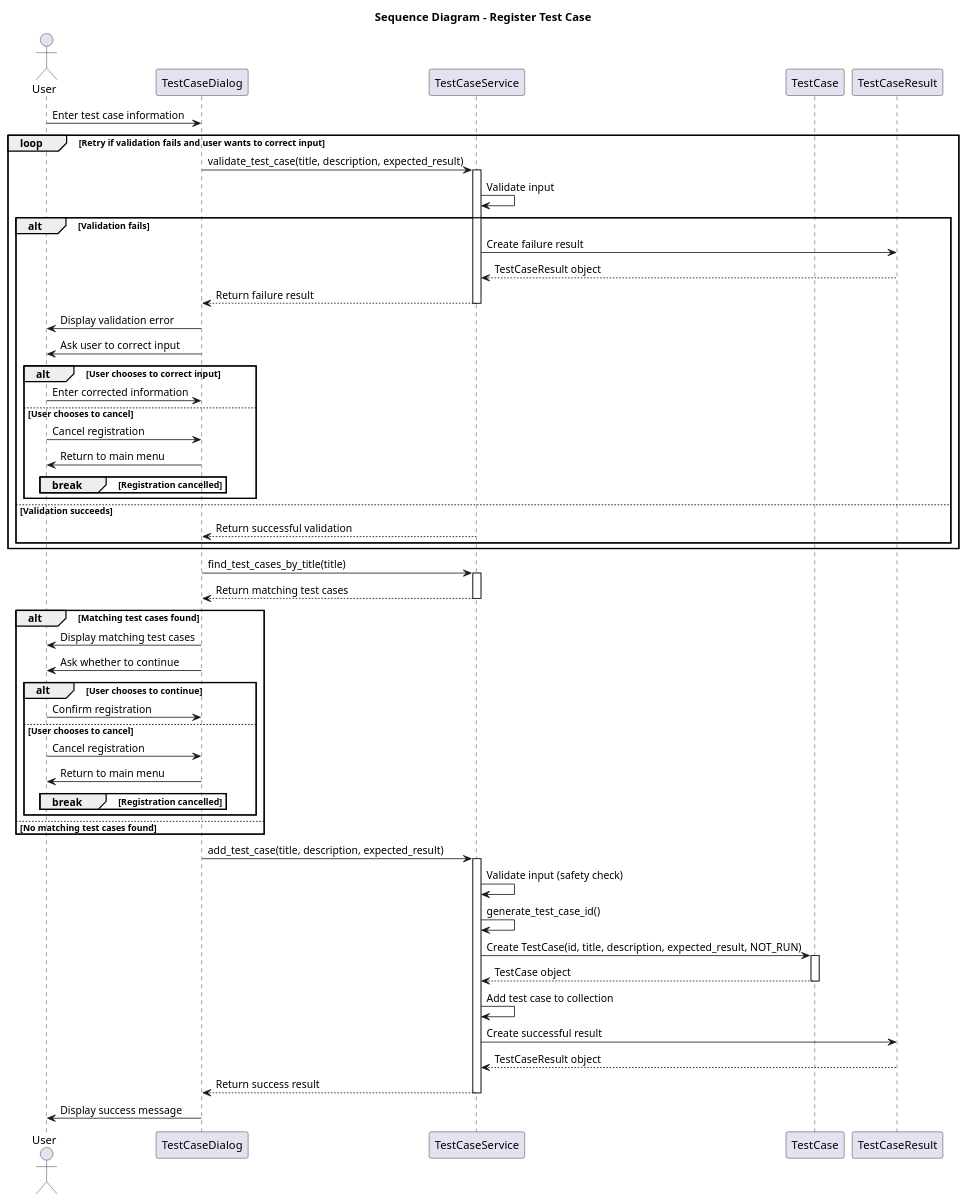
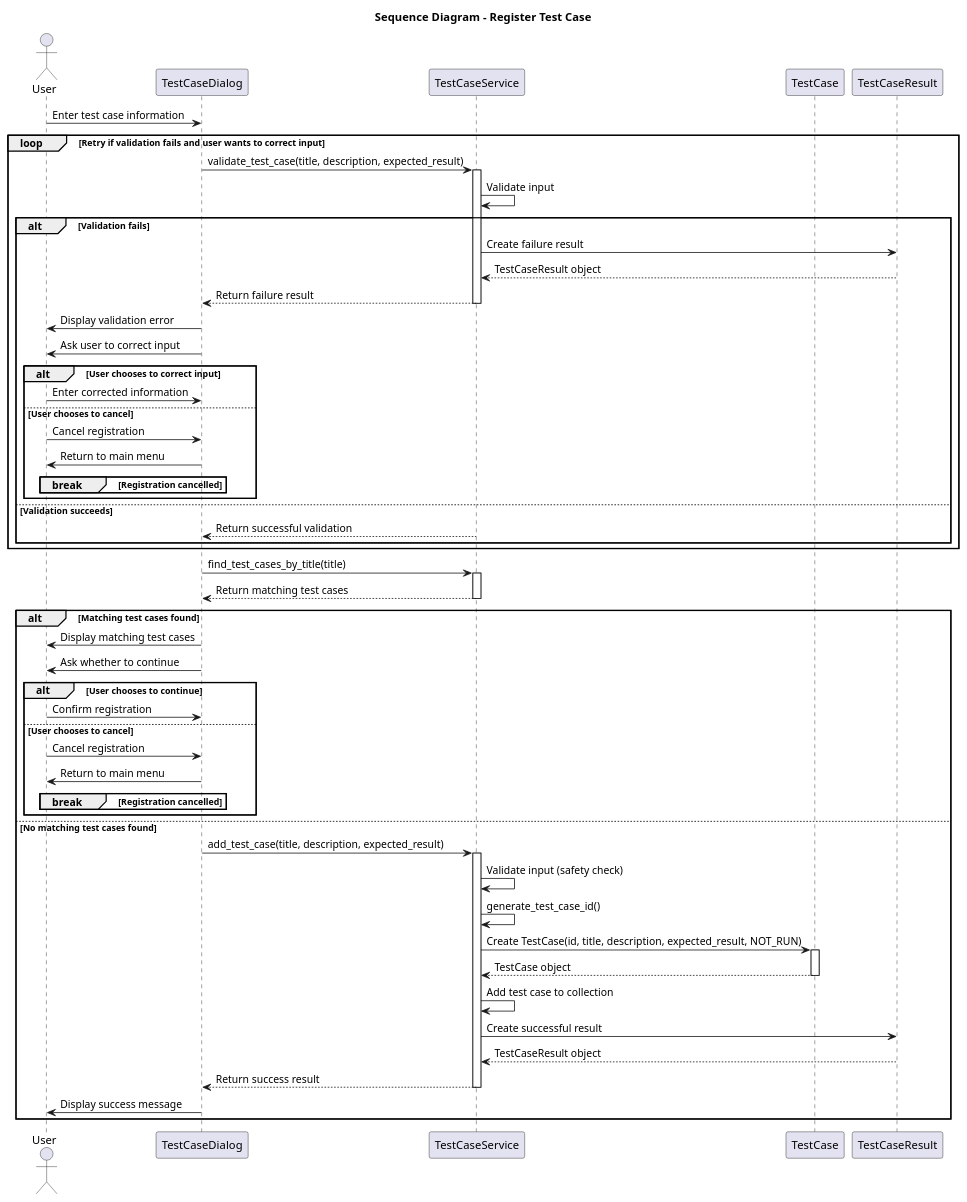
One commit to h-jungar/OOP changed the diagram in test_case_register-app/tc_sequence_diagram.puml. Above: the diagram before and after it, drawn with PlantUML. The commit also changed 10 other files, not shown here.

```diff
--- a/test_case_register-app/tc_sequence_diagram.puml
+++ b/test_case_register-app/tc_sequence_diagram.puml
@@ -1,102 +1,103 @@
 @startuml sequence_register_test_case
 
 title Sequence Diagram - Register Test Case
 
 actor User
 participant TestCaseDialog
 participant TestCaseService
 participant TestCase
 participant TestCaseResult
 
 User -> TestCaseDialog : Enter test case information
 
 ' Validate input
 loop Retry if validation fails and user wants to correct input
 
     TestCaseDialog -> TestCaseService : validate_test_case(title, description, expected_result)
     activate TestCaseService
 
     TestCaseService -> TestCaseService : Validate input
 
     alt Validation fails
 
         TestCaseService -> TestCaseResult : Create failure result
         TestCaseResult --> TestCaseService : TestCaseResult object
 
         TestCaseService --> TestCaseDialog : Return failure result
         deactivate TestCaseService
 
         TestCaseDialog -> User : Display validation error
         TestCaseDialog -> User : Ask user to correct input
 
         alt User chooses to correct input
             User -> TestCaseDialog : Enter corrected information
 
         else User chooses to cancel
             User -> TestCaseDialog : Cancel registration
             TestCaseDialog -> User : Return to main menu
 
             break Registration cancelled
                 ' Exit registration flow and return to main menu
             end
         end
 
     else Validation succeeds
 
         TestCaseService --> TestCaseDialog : Return successful validation
         deactivate TestCaseService
     end
 
 end
 
 ' Check for existing test cases with the same title
 TestCaseDialog -> TestCaseService : find_test_cases_by_title(title)
 activate TestCaseService
 TestCaseService --> TestCaseDialog : Return matching test cases
 deactivate TestCaseService
 
 alt Matching test cases found
 
     TestCaseDialog -> User : Display matching test cases
     TestCaseDialog -> User : Ask whether to continue
 
     alt User chooses to continue
         User -> TestCaseDialog : Confirm registration
 
     else User chooses to cancel
         User -> TestCaseDialog : Cancel registration
         TestCaseDialog -> User : Return to main menu
 
         break Registration cancelled
         end
     end
 
 else No matching test cases found
+    ' Register test case after successful validation
+    TestCaseDialog -> TestCaseService : add_test_case(title, description, expected_result)
+    activate TestCaseService
+
+    TestCaseService -> TestCaseService : Validate input (safety check)
+    TestCaseService -> TestCaseService : generate_test_case_id()
+
+    TestCaseService -> TestCase : Create TestCase(id, title, description, expected_result, NOT_RUN)
+    activate TestCase
+    TestCase --> TestCaseService : TestCase object
+    deactivate TestCase
+
+    TestCaseService -> TestCaseService : Add test case to collection
+
+    TestCaseService -> TestCaseResult : Create successful result
+    TestCaseResult --> TestCaseService : TestCaseResult object
+
+    TestCaseService --> TestCaseDialog : Return success result
+    deactivate TestCaseService
+
+    TestCaseDialog -> User : Display success message
 end
 
 
 
-' Register test case after successful validation
-TestCaseDialog -> TestCaseService : add_test_case(title, description, expected_result)
-activate TestCaseService
 
-TestCaseService -> TestCaseService : Validate input (safety check)
-TestCaseService -> TestCaseService : generate_test_case_id()
-
-TestCaseService -> TestCase : Create TestCase(id, title, description, expected_result, NOT_RUN)
-activate TestCase
-TestCase --> TestCaseService : TestCase object
-deactivate TestCase
-
-TestCaseService -> TestCaseService : Add test case to collection
-
-TestCaseService -> TestCaseResult : Create successful result
-TestCaseResult --> TestCaseService : TestCaseResult object
-
-TestCaseService --> TestCaseDialog : Return success result
-deactivate TestCaseService
-
-TestCaseDialog -> User : Display success message
 
 
 @enduml
```
